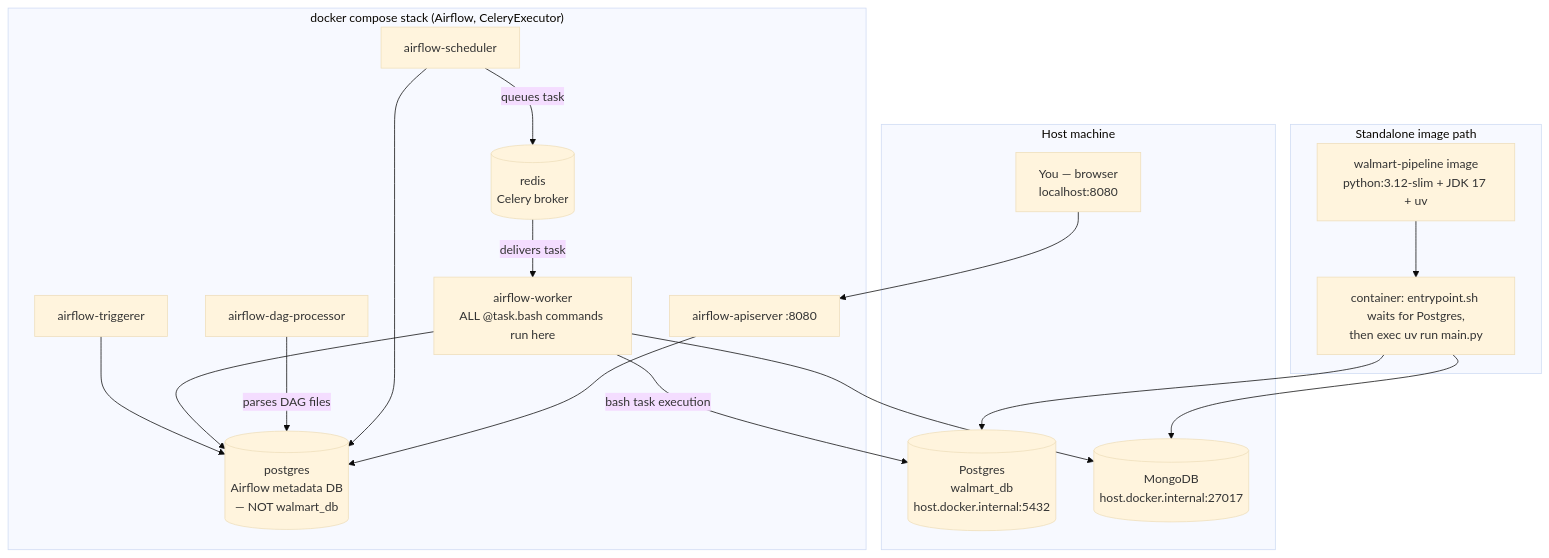
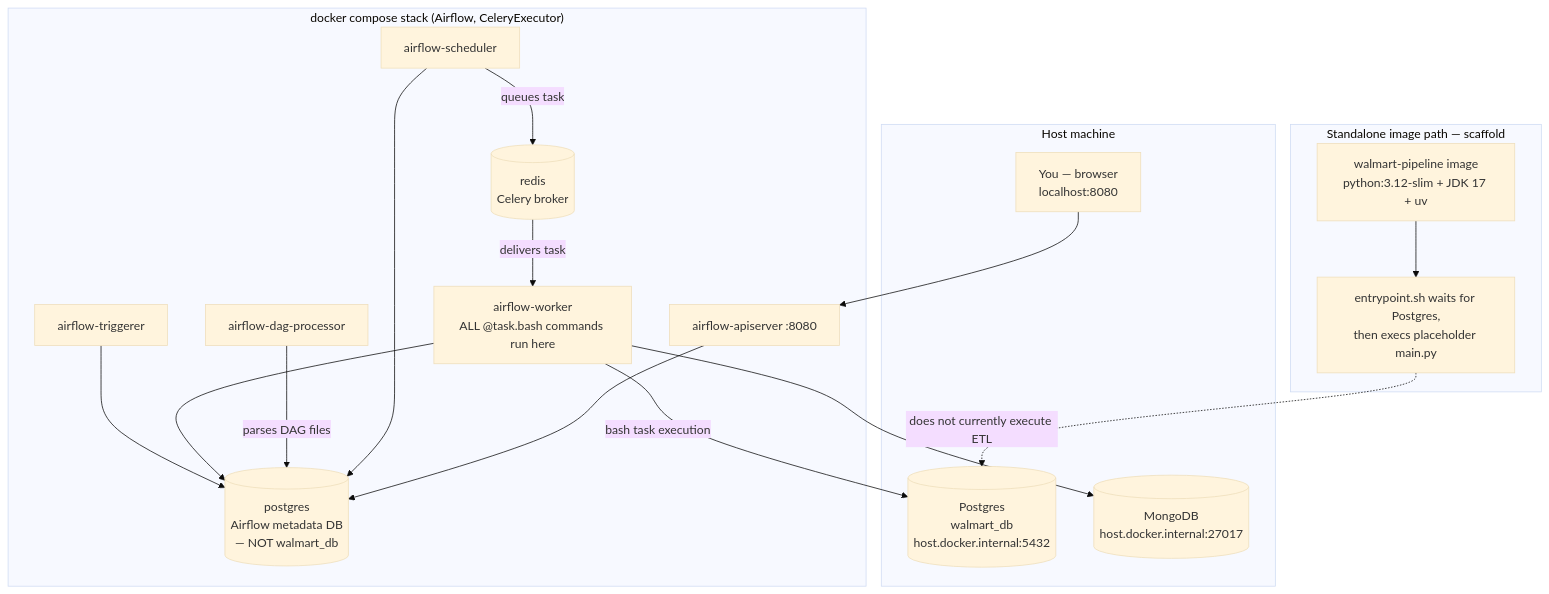
One commit to Nitinx12/Walmart_DBT changed the third of 10 diagrams in docs/ARCHITECTURE.md. Above: the diagram before and after it, drawn with Mermaid (base theme). The commit also changed other lines of this file and 2 other files, not shown here.

````diff
--- a/docs/ARCHITECTURE.md
+++ b/docs/ARCHITECTURE.md
@@ -119,37 +125,36 @@
 ```mermaid
 flowchart TB
     subgraph Host["Host machine"]
         USER["You — browser<br/>localhost:8080"]
         HOSTDB[("Postgres<br/>walmart_db<br/>host.docker.internal:5432")]
         HOSTMONGO[("MongoDB<br/>host.docker.internal:27017")]
     end
 
-    subgraph Standalone["Standalone image path"]
+    subgraph Standalone["Standalone image path — scaffold"]
         IMG1["walmart-pipeline image<br/>python:3.12-slim + JDK 17 + uv"]
-        RUN1["container: entrypoint.sh waits for Postgres,<br/>then exec uv run main.py"]
+        RUN1["entrypoint.sh waits for Postgres,<br/>then execs placeholder main.py"]
         IMG1 --> RUN1
     end
 
     subgraph ComposeStack["docker compose stack (Airflow, CeleryExecutor)"]
         API["airflow-apiserver :8080"]
         SCHED["airflow-scheduler"]
         DAGP["airflow-dag-processor"]
         WORK["airflow-worker<br/>ALL @task.bash commands run here"]
         TRIG["airflow-triggerer"]
         MPG[("postgres<br/>Airflow metadata DB<br/>— NOT walmart_db")]
         REDIS[("redis<br/>Celery broker")]
     end
 
     USER --> API
     API --> MPG
     SCHED --> MPG
     SCHED -- "queues task" --> REDIS
     DAGP -- "parses DAG files" --> MPG
     REDIS -- "delivers task" --> WORK
     WORK --> MPG
     TRIG --> MPG
     WORK -- "bash task execution" --> HOSTDB
     WORK --> HOSTMONGO
-    RUN1 --> HOSTDB
-    RUN1 --> HOSTMONGO
+    RUN1 -. "does not currently execute ETL" .-> HOSTDB
 ```
````
